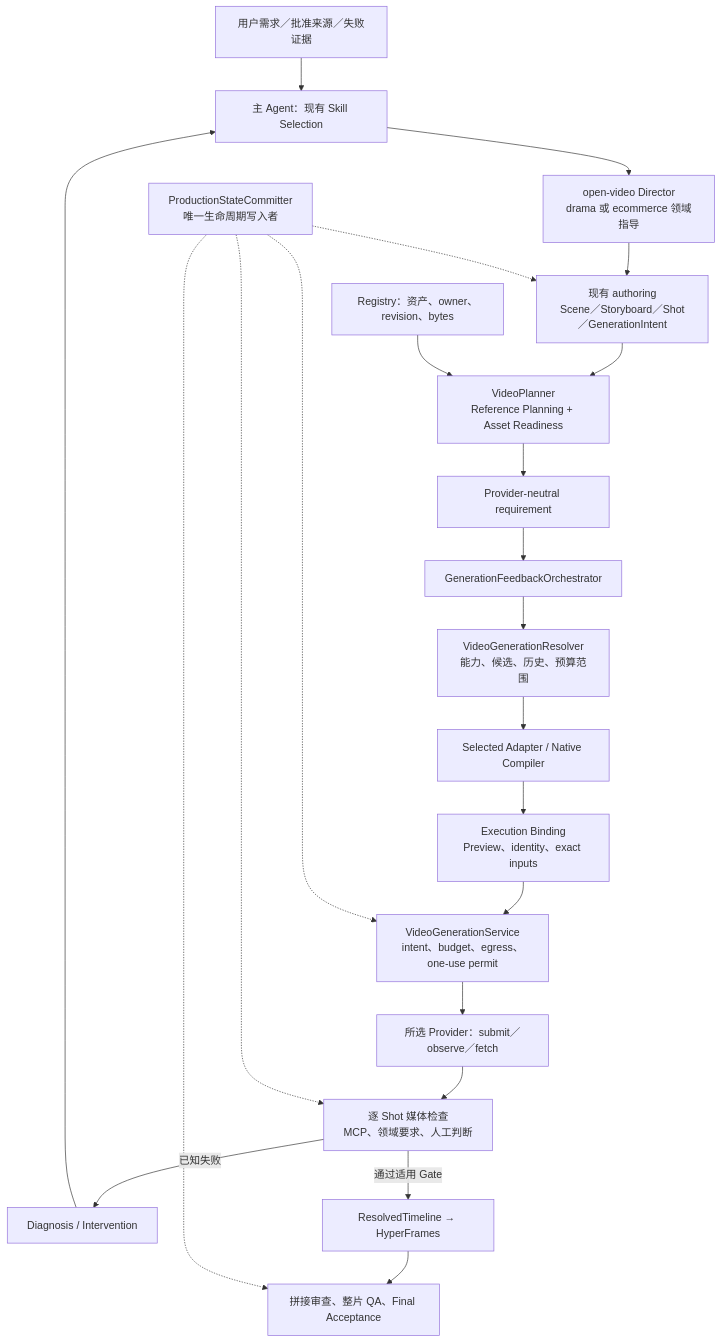
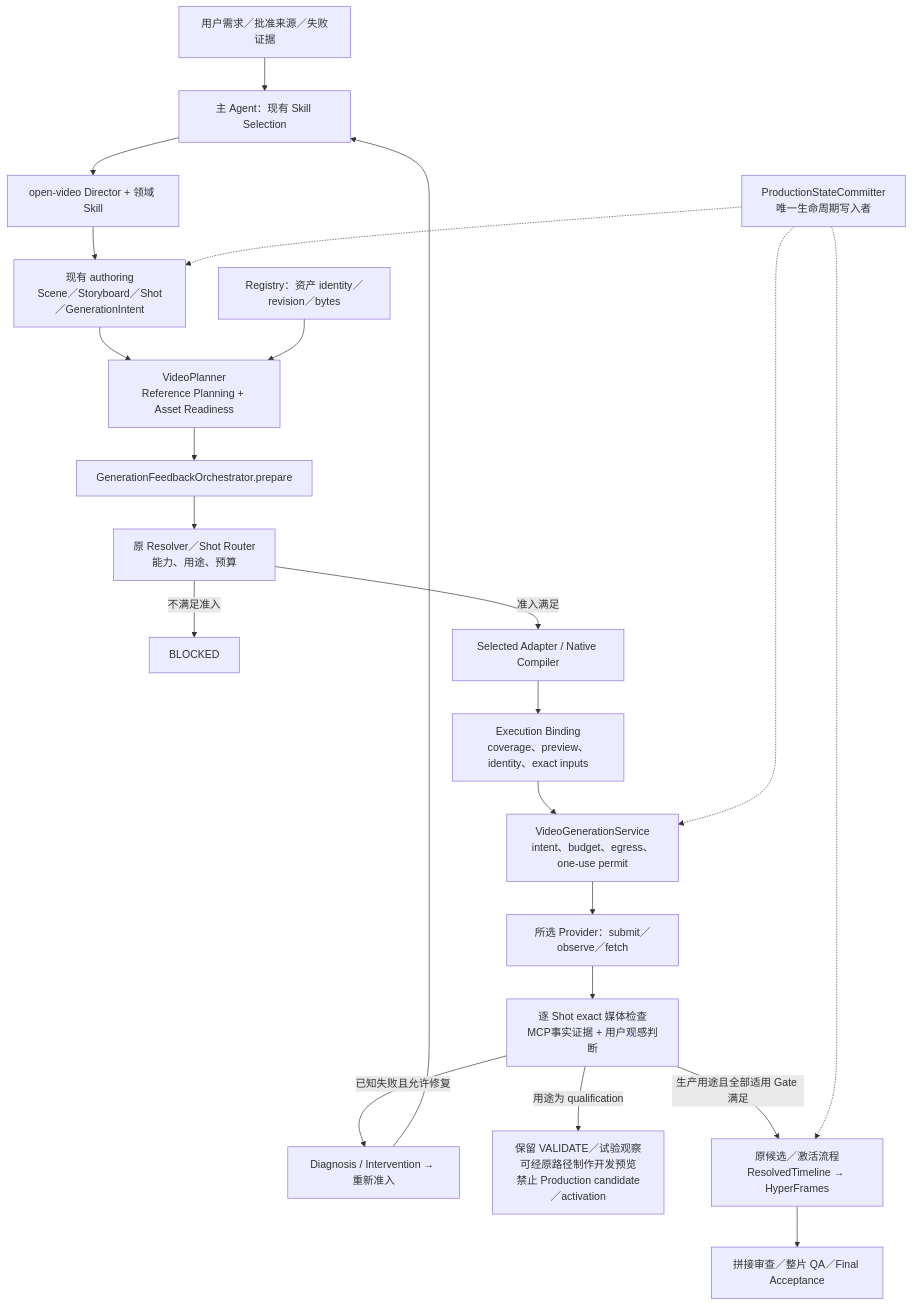
Before and after one commit to Reggie-sun/AI-VIDEO: the first of 2 diagrams in docs/record_for_agent/2026-11-04-goodcase-integration-architecture-review.md, drawn with Mermaid. The commit also changed other lines of this file and 7 other files, not shown here.

````diff
--- a/docs/record_for_agent/2026-11-04-goodcase-integration-architecture-review.md
+++ b/docs/record_for_agent/2026-11-04-goodcase-integration-architecture-review.md
@@ -39,24 +74,24 @@
 ```mermaid
 flowchart TD
     U["用户需求／批准来源／失败证据"] --> A["主 Agent：现有 Skill Selection"]
-    A --> D["open-video Director<br/>drama 或 ecommerce 领域指导"]
+    A --> D["open-video Director + 领域 Skill"]
     D --> S["现有 authoring<br/>Scene／Storyboard／Shot／GenerationIntent"]
     S --> P["VideoPlanner<br/>Reference Planning + Asset Readiness"]
-    R["Registry：资产、owner、revision、bytes"] --> P
-    P --> N["Provider-neutral requirement"]
-    N --> F["GenerationFeedbackOrchestrator"]
-    F --> V["VideoGenerationResolver<br/>能力、候选、历史、预算范围"]
-    V --> C["Selected Adapter / Native Compiler"]
-    C --> B["Execution Binding<br/>Preview、identity、exact inputs"]
+    R["Registry：资产 identity／revision／bytes"] --> P
+    P --> F["GenerationFeedbackOrchestrator.prepare"]
+    F --> V["原 Resolver／Shot Router<br/>能力、用途、预算"]
+    V -->|不满足准入| BLOCK["BLOCKED"]
+    V -->|准入满足| C["Selected Adapter / Native Compiler"]
+    C --> B["Execution Binding<br/>coverage、preview、identity、exact inputs"]
     B --> G["VideoGenerationService<br/>intent、budget、egress、one-use permit"]
     G --> O["所选 Provider：submit／observe／fetch"]
-    O --> Q["逐 Shot 媒体检查<br/>MCP、领域要求、人工判断"]
-    Q -->|已知失败| I["Diagnosis / Intervention"]
+    O --> Q["逐 Shot exact 媒体检查<br/>MCP事实证据 + 用户观感判断"]
+    Q -->|已知失败且允许修复| I["Diagnosis / Intervention → 重新准入"]
     I --> A
-    Q -->|通过适用 Gate| T["ResolvedTimeline → HyperFrames"]
-    T --> H["拼接审查、整片 QA、Final Acceptance"]
+    Q -->|用途为 qualification| TRIAL["保留 VALIDATE／试验观察<br/>可经原路径制作开发预览<br/>禁止 Production candidate／activation"]
+    Q -->|生产用途且全部适用 Gate 满足| T["原候选／激活流程<br/>ResolvedTimeline → HyperFrames"]
+    T --> H["拼接审查／整片 QA／Final Acceptance"]
     M["ProductionStateCommitter<br/>唯一生命周期写入者"] -.-> S
     M -.-> G
-    M -.-> Q
-    M -.-> H
+    M -.-> T
 ```
````
